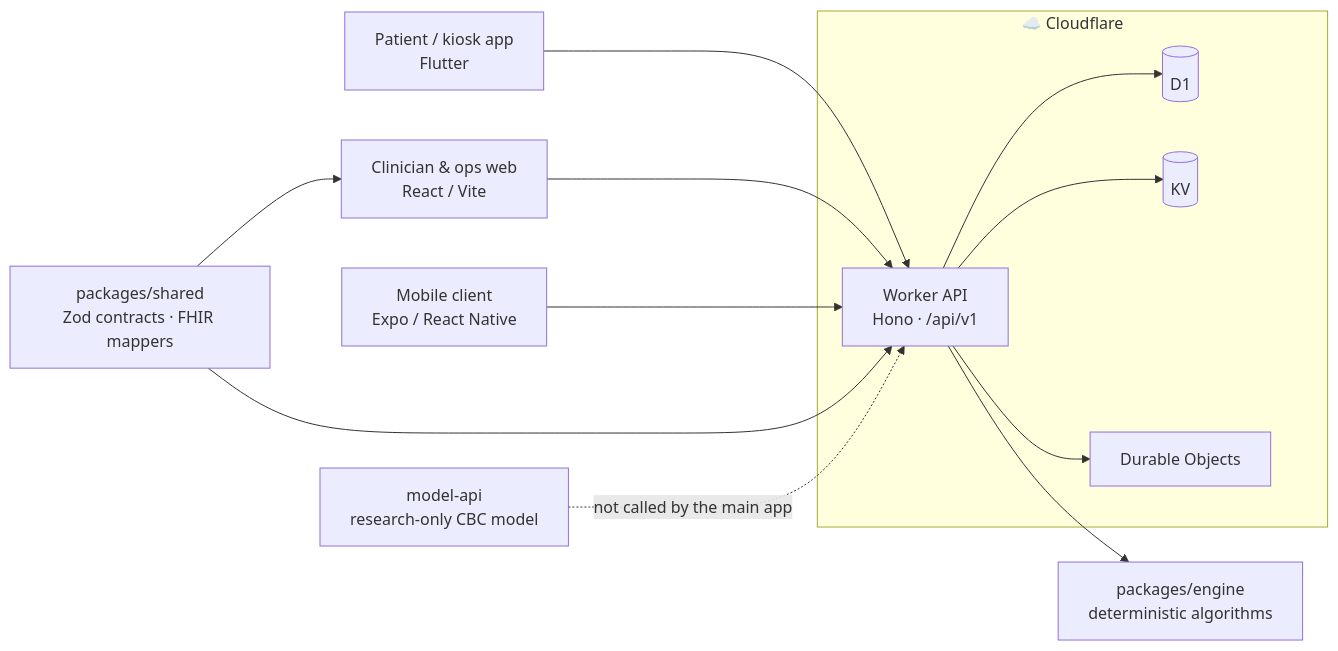
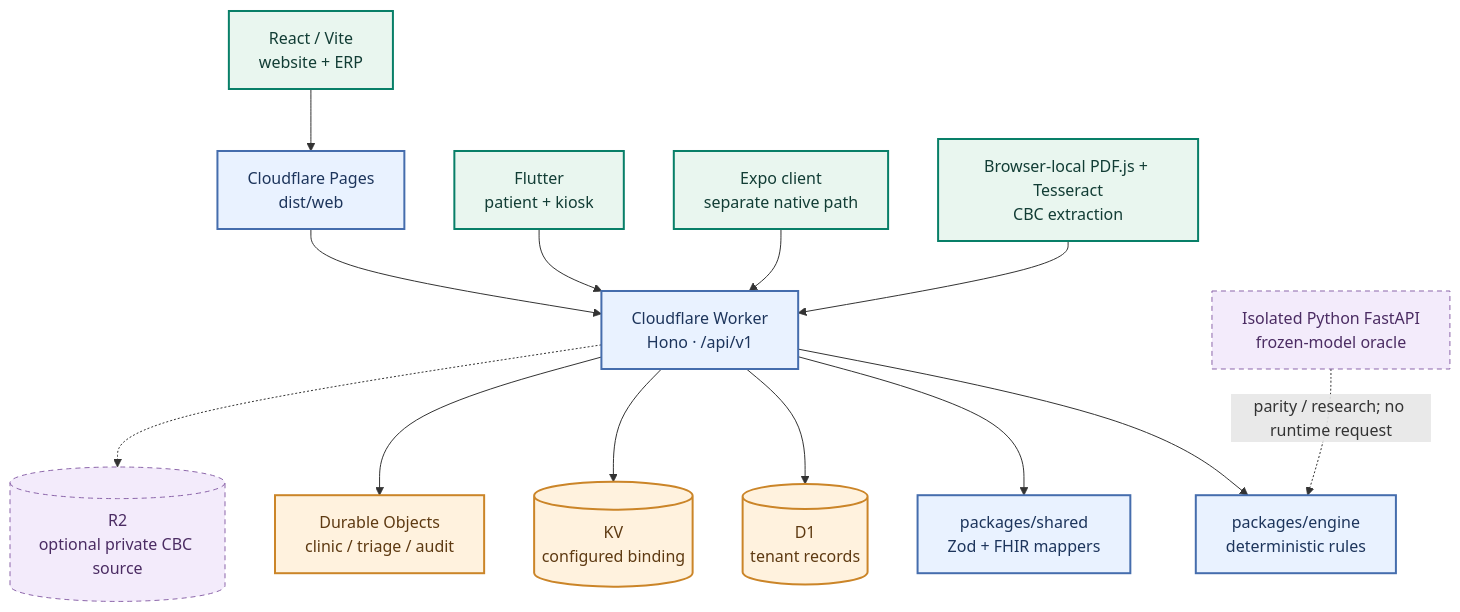
The second of 6 diagrams in README.md (potlasrisharan/hackshift-sudarshan), drawn with Mermaid before and after one commit. The commit also changed other lines of this file and 4 other files, not shown here.

Commit message:
docs: redesign AYUSETU README with architecture and visuals

````diff
--- a/README.md
+++ b/README.md
@@ -106,21 +141,21 @@
 ```mermaid
-flowchart LR
-  APP["Patient / kiosk app<br/>Flutter"] --> API
-  WEB["Clinician & ops web<br/>React / Vite"] --> API
-  RN["Mobile client<br/>Expo / React Native"] --> API
-
-  subgraph CF["☁️ Cloudflare"]
-    API["Worker API<br/>Hono · /api/v1"]
-    D1[("D1")]
-    KV[("KV")]
-    DO["Durable Objects"]
-  end
-
-  API --> D1
-  API --> KV
-  API --> DO
-  API --> ENGINE["packages/engine<br/>deterministic algorithms"]
-  CONTRACTS["packages/shared<br/>Zod contracts · FHIR mappers"] --> API
-  CONTRACTS --> WEB
-  MODEL["model-api<br/>research-only CBC model"] -.->|"not called by the main app"| API
+flowchart TB
+  classDef client fill:#e9f6ef,stroke:#087f68,color:#123d35,stroke-width:2px
+  classDef compute fill:#e9f2ff,stroke:#456dad,color:#1d355c,stroke-width:2px
+  classDef data fill:#fff2de,stroke:#cb8528,color:#5e3a12,stroke-width:2px
+  classDef optional fill:#f3ebfb,stroke:#8c66aa,color:#4b2c63,stroke-dasharray:5 4
+  WEB["React / Vite<br/>website + ERP"]:::client --> PAGES["Cloudflare Pages<br/>dist/web"]:::compute
+  FLUTTER["Flutter<br/>patient + kiosk"]:::client --> API
+  EXPO["Expo client<br/>separate native path"]:::client --> API
+  PAGES --> API["Cloudflare Worker<br/>Hono · /api/v1"]:::compute
+  API --> RULES["packages/engine<br/>deterministic rules"]:::compute
+  API --> CONTRACTS["packages/shared<br/>Zod + FHIR mappers"]:::compute
+  API --> D1[("D1<br/>tenant records")]
+  API --> KV[("KV<br/>configured binding")]
+  API --> DO["Durable Objects<br/>clinic / triage / audit"]
+  API -.-> R2[("R2<br/>optional private CBC source")]
+  class D1,KV,DO data
+  class R2 optional
+  OCR["Browser-local PDF.js + Tesseract<br/>CBC extraction"]:::client --> API
+  ORACLE["Isolated Python FastAPI<br/>frozen-model oracle"]:::optional -.->|"parity / research; no runtime request"| RULES
 ```
````
